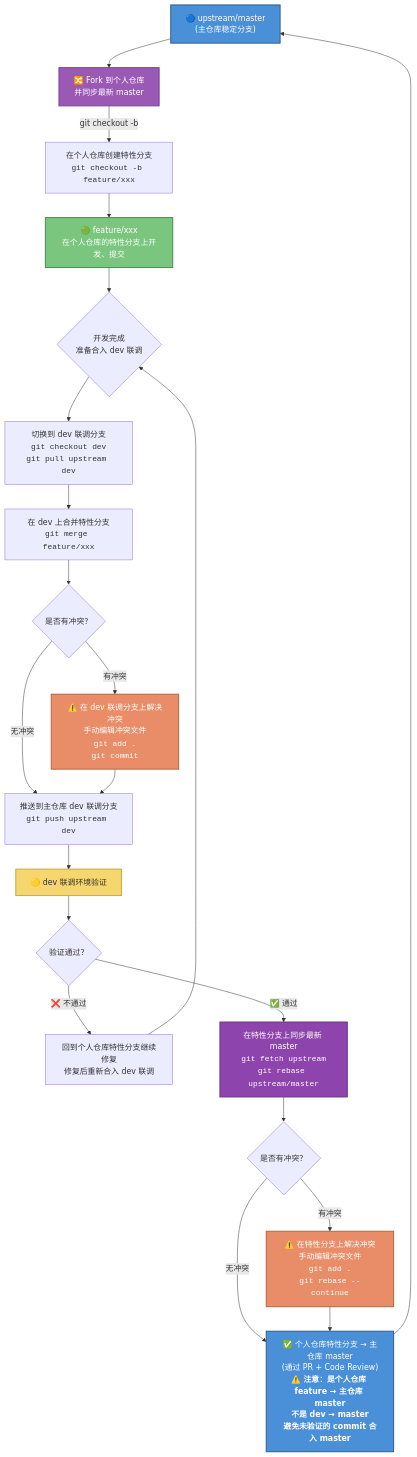
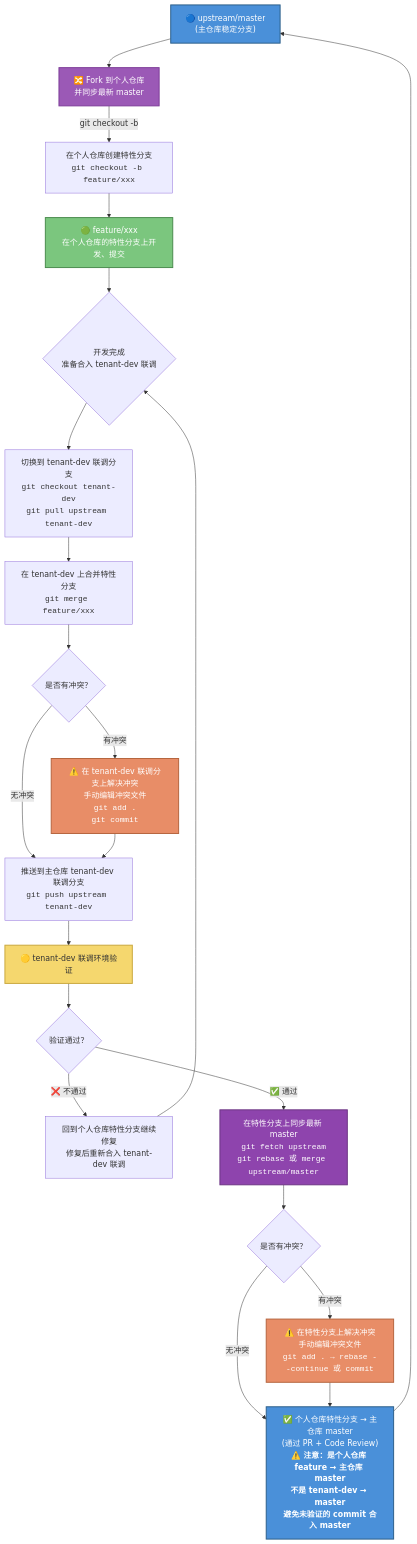
The diagram in docs/specification/git-workflow.md (TencentBlueKing/bk-job), drawn with Mermaid before and after one commit. The commit also changed other lines of this file and 1 other file, not shown here.

````diff
--- a/docs/specification/git-workflow.md
+++ b/docs/specification/git-workflow.md
@@ -77,50 +81,50 @@
 ```mermaid
 flowchart TD
     A["🔵 upstream/master<br/>(主仓库稳定分支)"]
     A0["🔀 Fork 到个人仓库<br/>并同步最新 master"]
     B["在个人仓库创建特性分支<br/><code>git checkout -b feature/xxx</code>"]
     C["🟢 feature/xxx<br/>在个人仓库的特性分支上开发、提交"]
-    D{"开发完成<br/>准备合入 dev 联调"}
-    E["切换到 dev 联调分支<br/><code>git checkout dev</code><br/><code>git pull upstream dev</code>"]
-    F["在 dev 上合并特性分支<br/><code>git merge feature/xxx</code>"]
+    D{"开发完成<br/>准备合入 tenant-dev 联调"}
+    E["切换到 tenant-dev 联调分支<br/><code>git checkout tenant-dev</code><br/><code>git pull upstream tenant-dev</code>"]
+    F["在 tenant-dev 上合并特性分支<br/><code>git merge feature/xxx</code>"]
     G{"是否有冲突？"}
-    H["⚠️ 在 dev 联调分支上解决冲突<br/><code>手动编辑冲突文件</code><br/><code>git add .</code><br/><code>git commit</code>"]
-    I["推送到主仓库 dev 联调分支<br/><code>git push upstream dev</code>"]
-    J["🟡 dev 联调环境验证"]
+    H["⚠️ 在 tenant-dev 联调分支上解决冲突<br/><code>手动编辑冲突文件</code><br/><code>git add .</code><br/><code>git commit</code>"]
+    I["推送到主仓库 tenant-dev 联调分支<br/><code>git push upstream tenant-dev</code>"]
+    J["🟡 tenant-dev 联调环境验证"]
     K{"验证通过？"}
-    L["回到个人仓库特性分支继续修复<br/>修复后重新合入 dev 联调"]
-    N["在特性分支上同步最新 master<br/><code>git fetch upstream</code><br/><code>git rebase upstream/master</code>"]
+    L["回到个人仓库特性分支继续修复<br/>修复后重新合入 tenant-dev 联调"]
+    N["在特性分支上同步最新 master<br/><code>git fetch upstream</code><br/><code>git rebase 或 merge upstream/master</code>"]
     N1{"是否有冲突？"}
-    N2["⚠️ 在特性分支上解决冲突<br/><code>手动编辑冲突文件</code><br/><code>git add .</code><br/><code>git rebase --continue</code>"]
-    M["✅ 个人仓库特性分支 → 主仓库 master<br/>(通过 PR + Code Review)<br/><b>⚠️ 注意：是个人仓库 feature → 主仓库 master<br/>不是 dev → master<br/>避免未验证的 commit 合入 master</b>"]
+    N2["⚠️ 在特性分支上解决冲突<br/><code>手动编辑冲突文件</code><br/><code>git add . → rebase --continue 或 commit</code>"]
+    M["✅ 个人仓库特性分支 → 主仓库 master<br/>(通过 PR + Code Review)<br/><b>⚠️ 注意：是个人仓库 feature → 主仓库 master<br/>不是 tenant-dev → master<br/>避免未验证的 commit 合入 master</b>"]
 
     A --> A0
     A0 -->|"git checkout -b"| B
     B --> C
     C --> D
     D --> E
     E --> F
     F --> G
     G -->|"无冲突"| I
     G -->|"有冲突"| H
     H --> I
     I --> J
     J --> K
     K -->|"❌ 不通过"| L
     L --> D
     K -->|"✅ 通过"| N
     N --> N1
     N1 -->|"无冲突"| M
     N1 -->|"有冲突"| N2
     N2 --> M
     M --> A
 
     style A fill:#4A90D9,stroke:#2C5F8A,color:#fff,stroke-width:2px
     style A0 fill:#9B59B6,stroke:#7D3C98,color:#fff,stroke-width:2px
     style C fill:#7BC67E,stroke:#4A8B4D,color:#fff,stroke-width:2px
     style J fill:#F5D76E,stroke:#C9A83E,color:#333,stroke-width:2px
     style M fill:#4A90D9,stroke:#2C5F8A,color:#fff,stroke-width:2px
     style H fill:#E88D67,stroke:#B5643E,color:#fff,stroke-width:2px
     style N fill:#8E44AD,stroke:#6C3483,color:#fff,stroke-width:2px
     style N2 fill:#E88D67,stroke:#B5643E,color:#fff,stroke-width:2px
 ```
````
